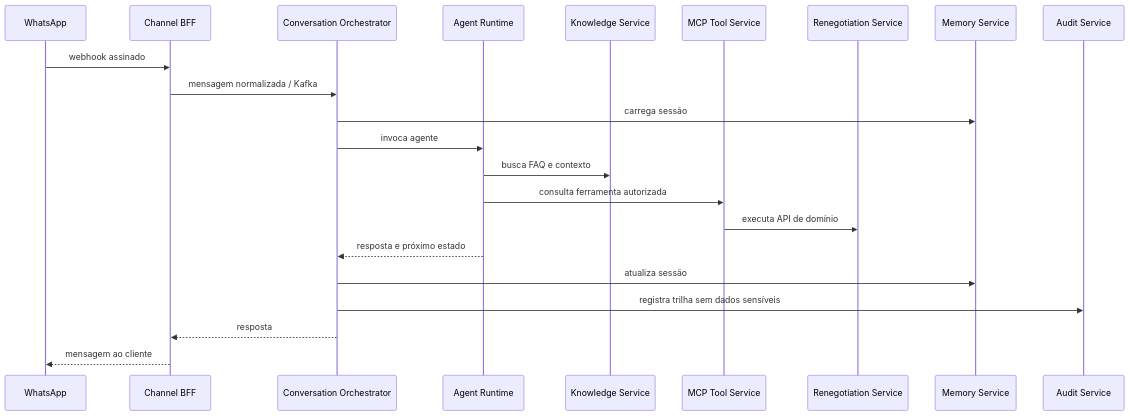
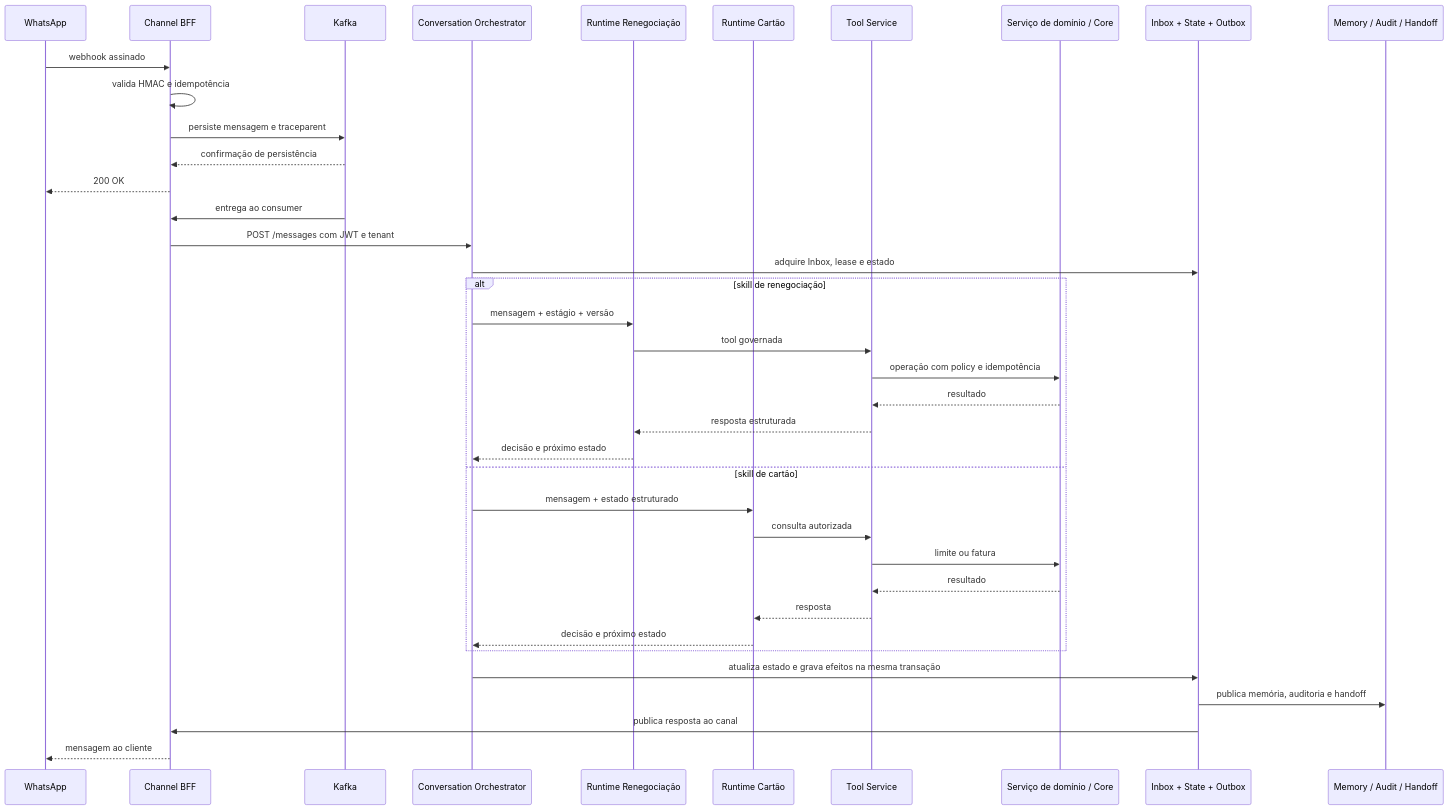
Before and after one commit to leandrosflora/enterprise-ai-platform-reference-architecture: the second of 2 diagrams in docs/case-studies/conversational-ai.md, drawn with Mermaid. The commit also changed other lines of this file, not shown here.

Commit message:
docs: update conversational AI case to multi-skill architecture

````diff
--- a/docs/case-studies/conversational-ai.md
+++ b/docs/case-studies/conversational-ai.md
@@ -31,24 +95,43 @@
 ```mermaid
 sequenceDiagram
   participant WA as WhatsApp
   participant BFF as Channel BFF
+  participant K as Kafka
   participant ORC as Conversation Orchestrator
-  participant AR as Agent Runtime
-  participant KS as Knowledge Service
-  participant MCP as MCP Tool Service
-  participant DOM as Renegotiation Service
-  participant MEM as Memory Service
-  participant AUD as Audit Service
+  participant AR1 as Runtime Renegociação
+  participant AR2 as Runtime Cartão
+  participant MCP as Tool Service
+  participant DOM as Serviço de domínio / Core
+  participant OUT as Inbox + State + Outbox
+  participant SH as Memory / Audit / Handoff
+
   WA->>BFF: webhook assinado
-  BFF->>ORC: mensagem normalizada / Kafka
-  ORC->>MEM: carrega sessão
-  ORC->>AR: invoca agente
-  AR->>KS: busca FAQ e contexto
-  AR->>MCP: consulta ferramenta autorizada
-  MCP->>DOM: executa API de domínio
-  AR-->>ORC: resposta e próximo estado
-  ORC->>MEM: atualiza sessão
-  ORC->>AUD: registra trilha sem dados sensíveis
-  ORC-->>BFF: resposta
+  BFF->>BFF: valida HMAC e idempotência
+  BFF->>K: persiste mensagem e traceparent
+  K-->>BFF: confirmação de persistência
+  BFF-->>WA: 200 OK
+  K->>BFF: entrega ao consumer
+  BFF->>ORC: POST /messages com JWT e tenant
+  ORC->>OUT: adquire Inbox, lease e estado
+
+  alt skill de renegociação
+    ORC->>AR1: mensagem + estágio + versão
+    AR1->>MCP: tool governada
+    MCP->>DOM: operação com policy e idempotência
+    DOM-->>MCP: resultado
+    MCP-->>AR1: resposta estruturada
+    AR1-->>ORC: decisão e próximo estado
+  else skill de cartão
+    ORC->>AR2: mensagem + estado estruturado
+    AR2->>MCP: consulta autorizada
+    MCP->>DOM: limite ou fatura
+    DOM-->>MCP: resultado
+    MCP-->>AR2: resposta
+    AR2-->>ORC: decisão e próximo estado
+  end
+
+  ORC->>OUT: atualiza estado e grava efeitos na mesma transação
+  OUT->>SH: publica memória, auditoria e handoff
+  OUT->>BFF: publica resposta ao canal
   BFF-->>WA: mensagem ao cliente
 ```
````
